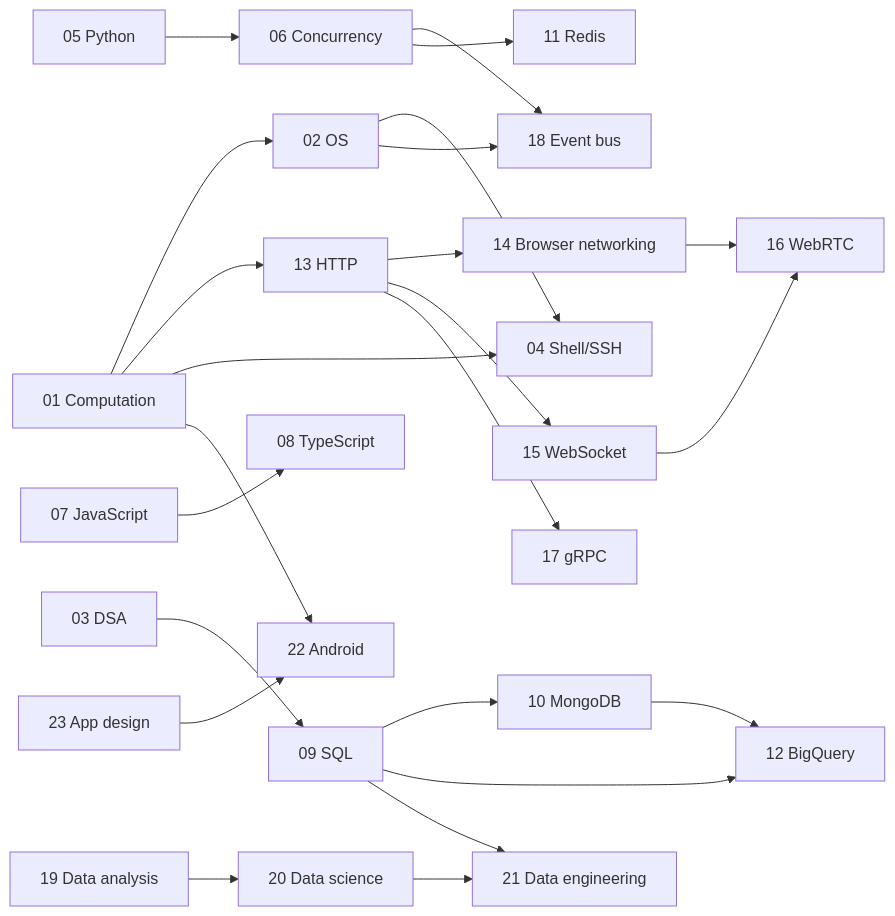
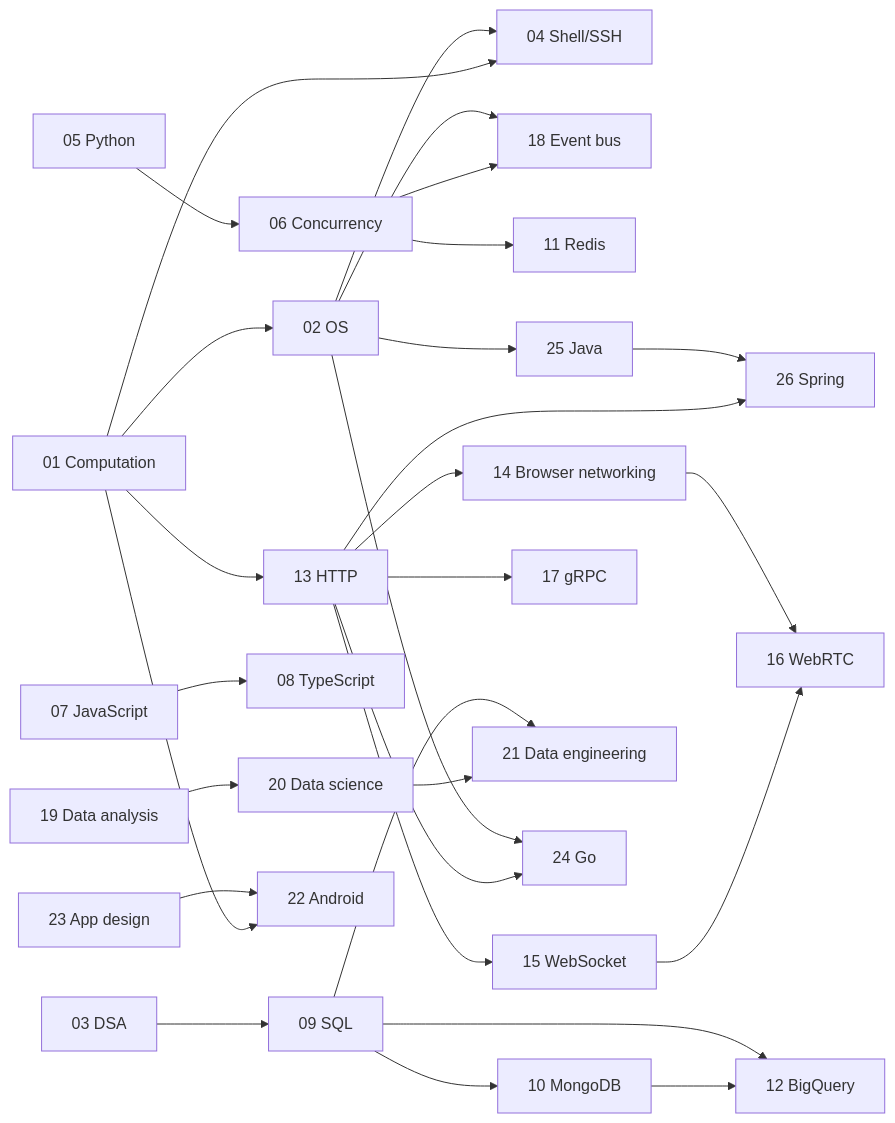
Before and after one commit to AD0791/interviewprep: the diagram in no_weakness/KNOWLEDGE_GRAPH.md, drawn with Mermaid. The commit also changed other lines of this file and 76 other files, not shown here.

````diff
--- a/no_weakness/KNOWLEDGE_GRAPH.md
+++ b/no_weakness/KNOWLEDGE_GRAPH.md
@@ -60,33 +80,40 @@
 ```mermaid
 graph LR
     C01[01 Computation] --> C02[02 OS]
     C01 --> C13[13 HTTP]
     C02 --> C04[04 Shell/SSH]
     C01 --> C04
     C02 --> C18[18 Event bus]
     C06 --> C18
 
     C03[03 DSA] --> C09[09 SQL]
 
     C05[05 Python] --> C06[06 Concurrency]
     C06 --> C11[11 Redis]
 
     C07[07 JavaScript] --> C08[08 TypeScript]
 
     C09 --> C10[10 MongoDB]
     C09 --> C12[12 BigQuery]
     C10 --> C12
 
     C13 --> C14[14 Browser networking]
     C13 --> C15[15 WebSocket]
     C13 --> C17[17 gRPC]
     C14 --> C16[16 WebRTC]
     C15 --> C16
 
     C19[19 Data analysis] --> C20[20 Data science]
     C09 --> C21[21 Data engineering]
     C20 --> C21
 
     C23[23 App design] --> C22[22 Android]
     C01 --> C22
+
+    C02 --> C24[24 Go]
+    C13 --> C24
+
+    C02 --> C25[25 Java]
+    C25 --> C26[26 Spring]
+    C13 --> C26
 ```
````
